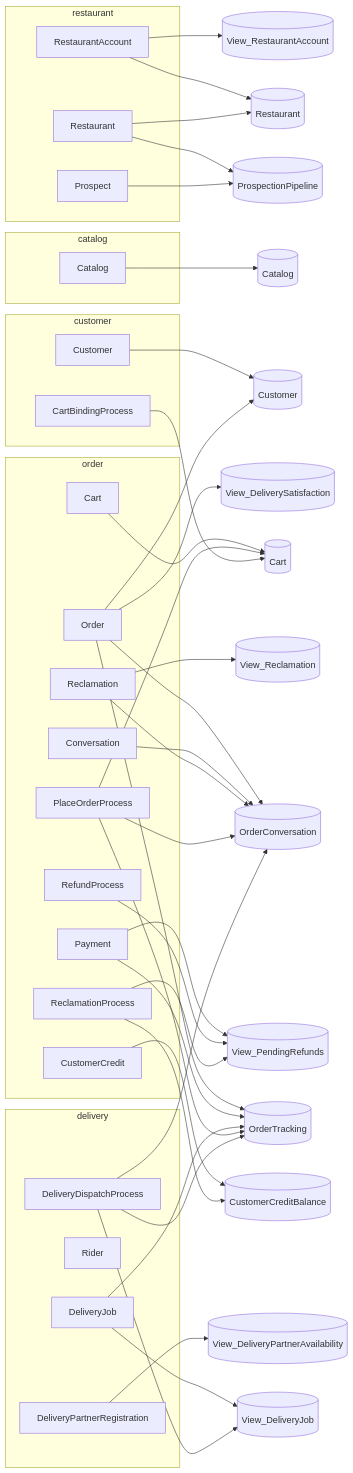
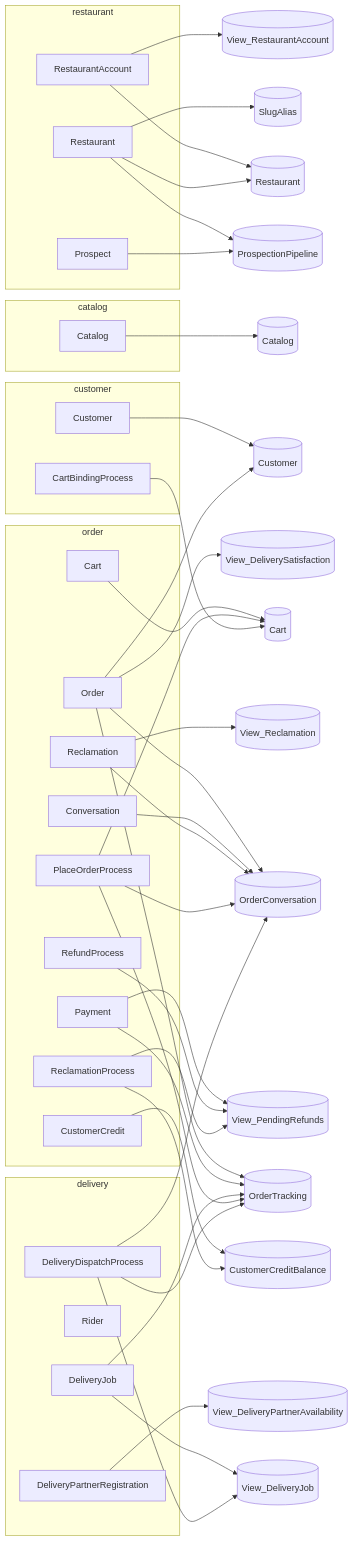
The second of 7 diagrams in specs/generated/c4.generated.md (TheCaptainCompany/captain-food), drawn with Mermaid before and after one commit. The commit also changed 22 other files, not shown here.

````diff
--- a/specs/generated/c4.generated.md
+++ b/specs/generated/c4.generated.md
@@ -64,77 +64,79 @@
 ```mermaid
 flowchart LR
   subgraph g_restaurant["restaurant"]
     a_RestaurantAccount["RestaurantAccount"]
     a_Restaurant["Restaurant"]
     a_Prospect["Prospect"]
   end
   subgraph g_catalog["catalog"]
     a_Catalog["Catalog"]
   end
   subgraph g_order["order"]
     a_Cart["Cart"]
     a_Order["Order"]
     a_Payment["Payment"]
     a_Conversation["Conversation"]
     a_Reclamation["Reclamation"]
     a_CustomerCredit["CustomerCredit"]
     a_PlaceOrderProcess["PlaceOrderProcess"]
     a_RefundProcess["RefundProcess"]
     a_ReclamationProcess["ReclamationProcess"]
   end
   subgraph g_customer["customer"]
     a_Customer["Customer"]
     a_CartBindingProcess["CartBindingProcess"]
   end
   subgraph g_delivery["delivery"]
     a_DeliveryJob["DeliveryJob"]
     a_Rider["Rider"]
     a_DeliveryPartnerRegistration["DeliveryPartnerRegistration"]
     a_DeliveryDispatchProcess["DeliveryDispatchProcess"]
   end
   v_View_RestaurantAccount[("View_RestaurantAccount")]
   v_Restaurant[("Restaurant")]
   v_ProspectionPipeline[("ProspectionPipeline")]
+  v_SlugAlias[("SlugAlias")]
   v_View_DeliveryPartnerAvailability[("View_DeliveryPartnerAvailability")]
   v_Catalog[("Catalog")]
   v_Customer[("Customer")]
   v_Cart[("Cart")]
   v_OrderTracking[("OrderTracking")]
   v_OrderConversation[("OrderConversation")]
   v_View_DeliverySatisfaction[("View_DeliverySatisfaction")]
   v_View_PendingRefunds[("View_PendingRefunds")]
   v_View_DeliveryJob[("View_DeliveryJob")]
   v_View_Reclamation[("View_Reclamation")]
   v_CustomerCreditBalance[("CustomerCreditBalance")]
   a_RestaurantAccount --> v_View_RestaurantAccount
   a_RestaurantAccount --> v_Restaurant
   a_Restaurant --> v_Restaurant
   a_Restaurant --> v_ProspectionPipeline
+  a_Restaurant --> v_SlugAlias
   a_Prospect --> v_ProspectionPipeline
   a_DeliveryPartnerRegistration --> v_View_DeliveryPartnerAvailability
   a_Catalog --> v_Catalog
   a_Customer --> v_Customer
   a_Cart --> v_Cart
   a_Order --> v_OrderTracking
   a_Order --> v_OrderConversation
   a_Order --> v_Customer
   a_Order --> v_View_DeliverySatisfaction
   a_Payment --> v_OrderTracking
   a_Payment --> v_View_PendingRefunds
   a_DeliveryJob --> v_View_DeliveryJob
   a_DeliveryJob --> v_OrderTracking
   a_Conversation --> v_OrderConversation
   a_Reclamation --> v_View_Reclamation
   a_Reclamation --> v_OrderConversation
   a_CustomerCredit --> v_CustomerCreditBalance
   a_PlaceOrderProcess --> v_OrderTracking
   a_PlaceOrderProcess --> v_OrderConversation
   a_PlaceOrderProcess --> v_Cart
   a_RefundProcess --> v_View_PendingRefunds
   a_CartBindingProcess --> v_Cart
   a_DeliveryDispatchProcess --> v_View_DeliveryJob
   a_DeliveryDispatchProcess --> v_OrderTracking
   a_DeliveryDispatchProcess --> v_OrderConversation
   a_ReclamationProcess --> v_CustomerCreditBalance
   a_ReclamationProcess --> v_View_PendingRefunds
 ```
````
